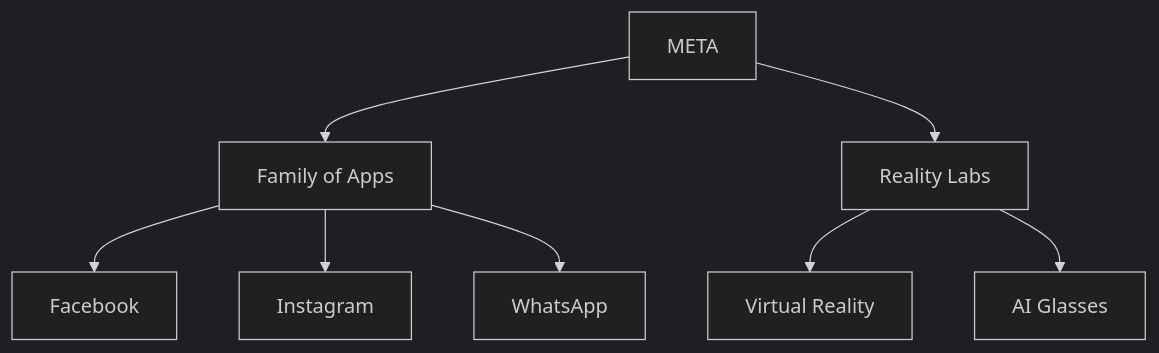
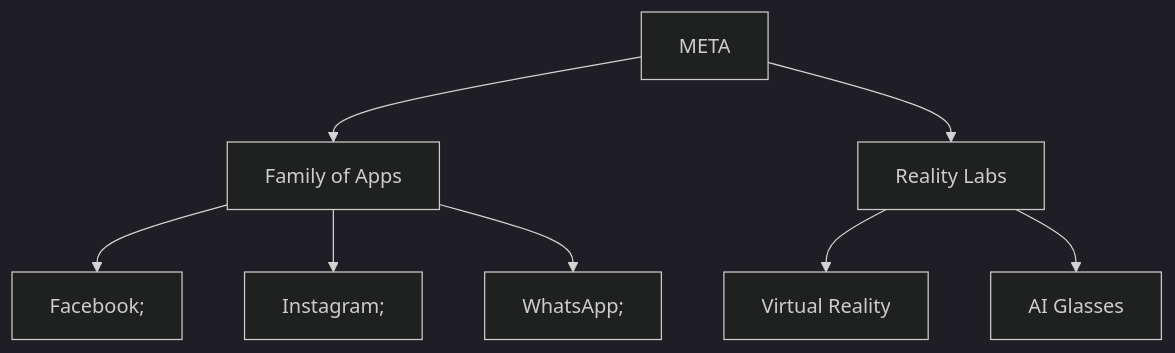
The second of 11 diagrams in ai_gen_report/stock/meta/fundamental_analysis_2026-03-25_openai.md (yennanliu/finance_data), drawn with Mermaid (dark theme) before and after one commit. The commit also changed other lines of this file and 2258 other files, not shown here.

First line of the commit message:
chore: backfill Mermaid syntax repair across existing reports

````diff
--- a/ai_gen_report/stock/meta/fundamental_analysis_2026-03-25_openai.md
+++ b/ai_gen_report/stock/meta/fundamental_analysis_2026-03-25_openai.md
@@ -67,10 +67,10 @@
 ```mermaid
 graph TD;
-    META --> FoA[Family of Apps];
-    META --> RL[Reality Labs];
-    FoA --> Facebook;
-    FoA --> Instagram;
-    FoA --> WhatsApp;
-    RL --> VR[Virtual Reality];
-    RL --> AI[AI Glasses];
+    META --> FoA["Family of Apps"];
+    META --> RL["Reality Labs"];
+    FoA --> nb1["Facebook;"]
+    FoA --> nb2["Instagram;"]
+    FoA --> nb3["WhatsApp;"]
+    RL --> VR["Virtual Reality"];
+    RL --> AI["AI Glasses"];
 ```
````
